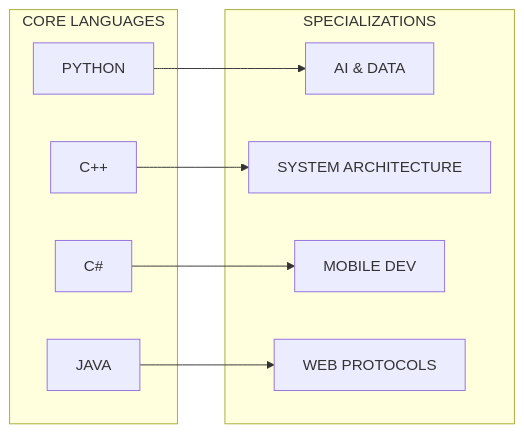
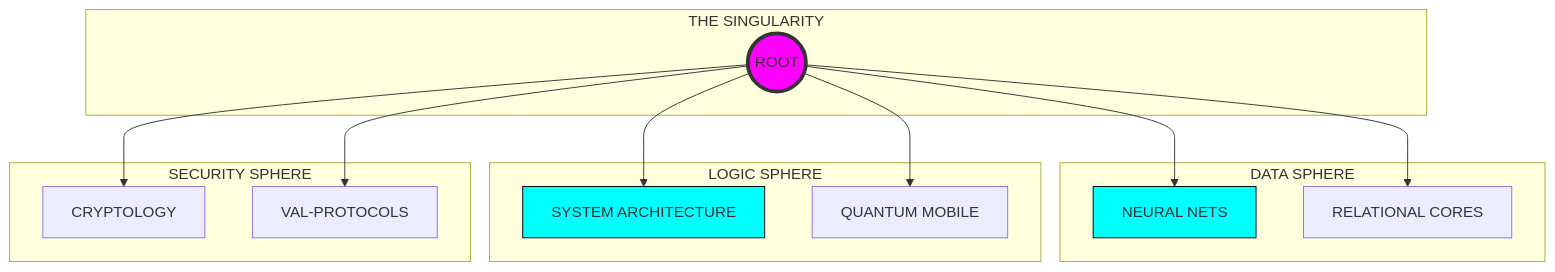
Before and after one commit to bahattinyunus/Karadeniz-Teknik-Universitesi-Yazilim-Muhendisligi-Ders-Notlari: the diagram in README.md, drawn with Mermaid. The commit also changed other lines of this file and 4 other files, not shown here.

Commit message:
feat: ASTRA DOMINUS - singularity achieved, 8K quantum terminal overhaul, black box codices implemented

````diff
--- a/README.md
+++ b/README.md
@@ -52,21 +44,25 @@
 ```mermaid
-graph LR
-    subgraph "CORE LANGUAGES"
-    L1[C++]
-    L2[C#]
-    L3[JAVA]
-    L4[PYTHON]
+graph TD
+    subgraph "THE SINGULARITY"
+    ROOT((ROOT))
     end
     
-    subgraph "SPECIALIZATIONS"
-    S1[AI & DATA]
-    S2[SYSTEM ARCHITECTURE]
-    S3[MOBILE DEV]
-    S4[WEB PROTOCOLS]
+    subgraph "DATA SPHERE"
+    ROOT --> AI[NEURAL NETS]
+    ROOT --> DB[RELATIONAL CORES]
     end
     
-    L1 --> S2
-    L2 --> S3
-    L3 --> S4
-    L4 --> S1
+    subgraph "LOGIC SPHERE"
+    ROOT --> ARC[SYSTEM ARCHITECTURE]
+    ROOT --> MOB[QUANTUM MOBILE]
+    end
+    
+    subgraph "SECURITY SPHERE"
+    ROOT --> CRY[CRYPTOLOGY]
+    ROOT --> TEST[VAL-PROTOCOLS]
+    end
+    
+    style ROOT fill:#f0f,stroke:#333,stroke-width:4px
+    style AI fill:#0ff,stroke:#000
+    style ARC fill:#0ff,stroke:#000
 ```
````
